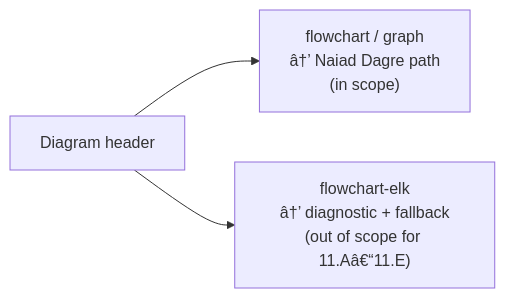
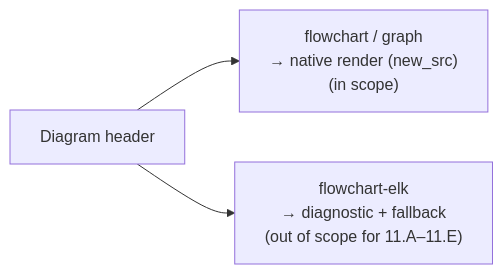
Diagram 11 of 12 in spec.md (VaderConsulting/MarkdownToDocX), drawn with Mermaid before and after one commit. The commit also changed other lines of this file and 743 other files, not shown here.

First line of the commit message:
Add multi-kind recognition at L4, native flowchart render pilot, and truthfulness gates.

````diff
--- a/spec.md
+++ b/spec.md
@@ -1995,9 +2552,9 @@
 ```mermaid
 flowchart LR
   HDR["Diagram header"]
-  DAG["flowchart / graph\nâ†’ Naiad Dagre path\n(in scope)"]
-  ELK["flowchart-elk\nâ†’ diagnostic + fallback\n(out of scope for 11.Aâ€“11.E)"]
+  DAG["flowchart / graph\n→ native render (new_src)\n(in scope)"]
+  ELK["flowchart-elk\n→ diagnostic + fallback\n(out of scope for 11.A–11.E)"]
 
   HDR --> DAG
   HDR --> ELK
 ```
````
